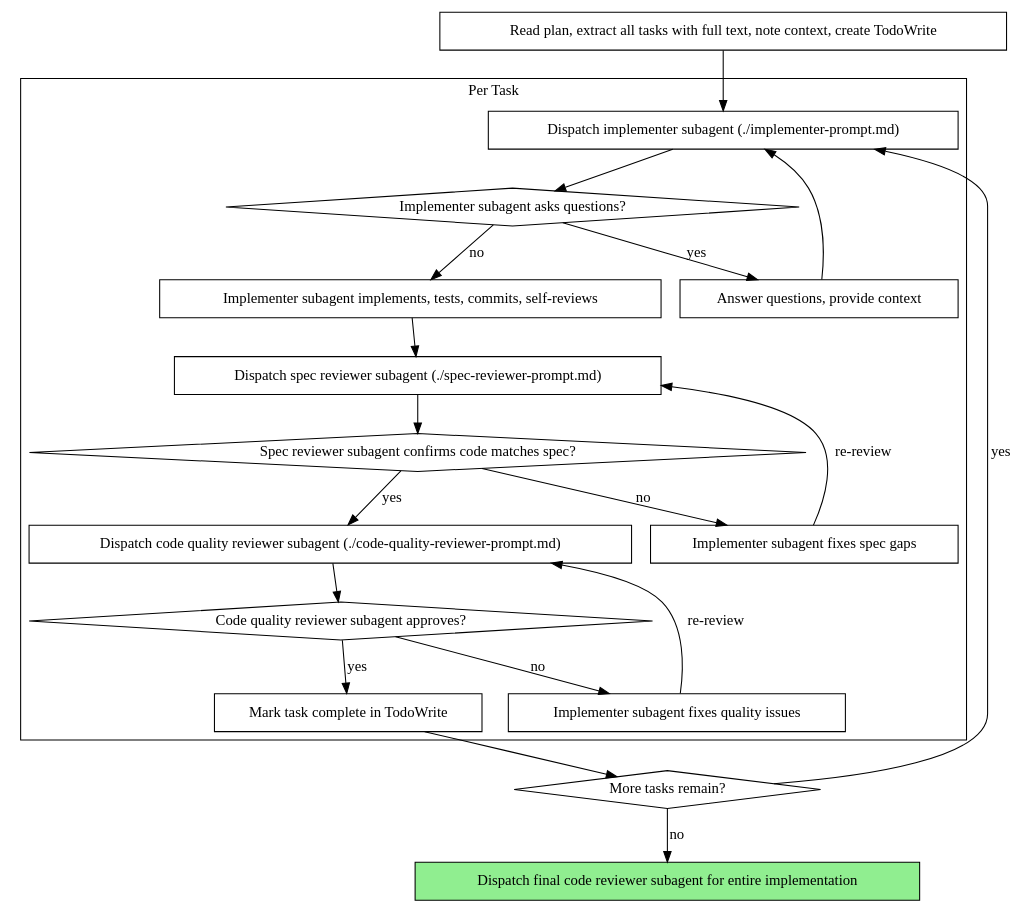
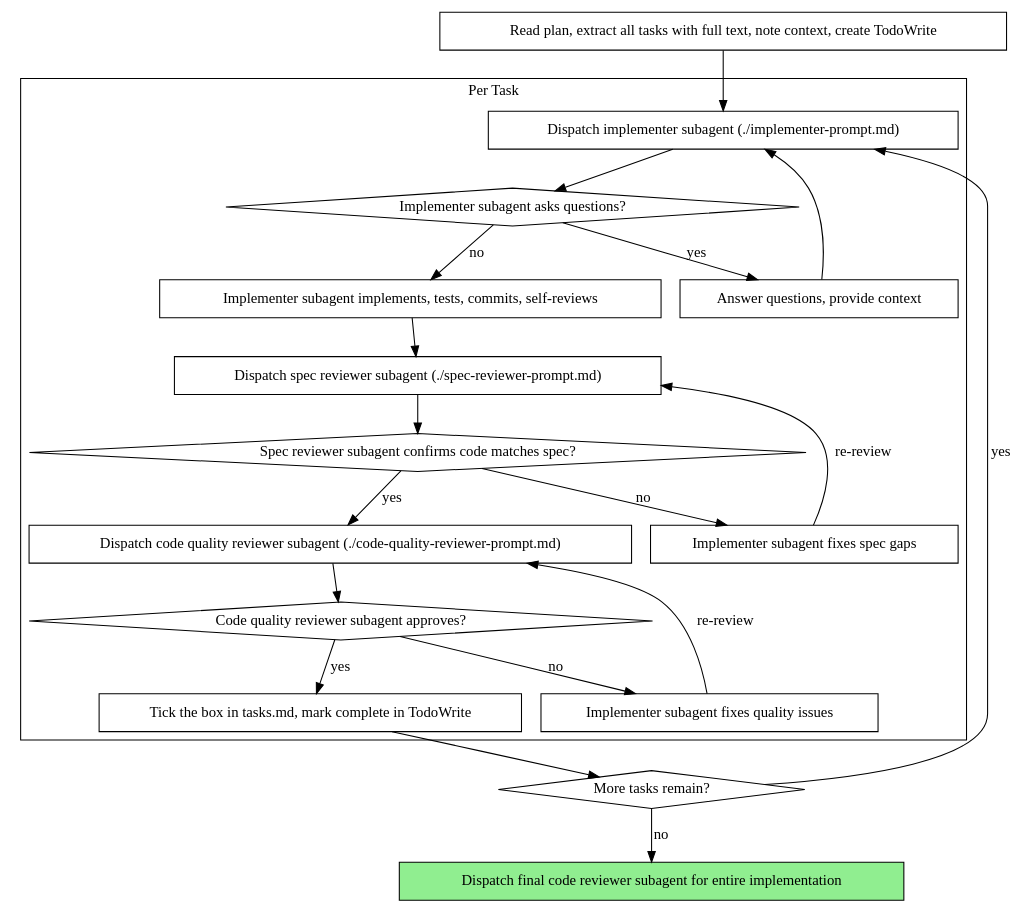
Before and after one commit to Nikitzu/mzyx-skills: the second of 2 diagrams in skills/subagent-driven-development/SKILL.md, drawn with Graphviz. The commit also changed other lines of this file and 2 other files, not shown here.

Commit message:
/build and the execution skills: resume at the first unticked task, tick on verified, reuse the chosen mode

````diff
--- a/skills/subagent-driven-development/SKILL.md
+++ b/skills/subagent-driven-development/SKILL.md
@@ -42,42 +42,42 @@
 ```dot
 digraph process {
     rankdir=TB;
 
     subgraph cluster_per_task {
         label="Per Task";
         "Dispatch implementer subagent (./implementer-prompt.md)" [shape=box];
         "Implementer subagent asks questions?" [shape=diamond];
         "Answer questions, provide context" [shape=box];
         "Implementer subagent implements, tests, commits, self-reviews" [shape=box];
         "Dispatch spec reviewer subagent (./spec-reviewer-prompt.md)" [shape=box];
         "Spec reviewer subagent confirms code matches spec?" [shape=diamond];
         "Implementer subagent fixes spec gaps" [shape=box];
         "Dispatch code quality reviewer subagent (./code-quality-reviewer-prompt.md)" [shape=box];
         "Code quality reviewer subagent approves?" [shape=diamond];
         "Implementer subagent fixes quality issues" [shape=box];
-        "Mark task complete in TodoWrite" [shape=box];
+        "Tick the box in tasks.md, mark complete in TodoWrite" [shape=box];
     }
 
     "Read plan, extract all tasks with full text, note context, create TodoWrite" [shape=box];
     "More tasks remain?" [shape=diamond];
     "Dispatch final code reviewer subagent for entire implementation" [shape=box style=filled fillcolor=lightgreen];
 
     "Read plan, extract all tasks with full text, note context, create TodoWrite" -> "Dispatch implementer subagent (./implementer-prompt.md)";
     "Dispatch implementer subagent (./implementer-prompt.md)" -> "Implementer subagent asks questions?";
     "Implementer subagent asks questions?" -> "Answer questions, provide context" [label="yes"];
     "Answer questions, provide context" -> "Dispatch implementer subagent (./implementer-prompt.md)";
     "Implementer subagent asks questions?" -> "Implementer subagent implements, tests, commits, self-reviews" [label="no"];
     "Implementer subagent implements, tests, commits, self-reviews" -> "Dispatch spec reviewer subagent (./spec-reviewer-prompt.md)";
     "Dispatch spec reviewer subagent (./spec-reviewer-prompt.md)" -> "Spec reviewer subagent confirms code matches spec?";
     "Spec reviewer subagent confirms code matches spec?" -> "Implementer subagent fixes spec gaps" [label="no"];
     "Implementer subagent fixes spec gaps" -> "Dispatch spec reviewer subagent (./spec-reviewer-prompt.md)" [label="re-review"];
     "Spec reviewer subagent confirms code matches spec?" -> "Dispatch code quality reviewer subagent (./code-quality-reviewer-prompt.md)" [label="yes"];
     "Dispatch code quality reviewer subagent (./code-quality-reviewer-prompt.md)" -> "Code quality reviewer subagent approves?";
     "Code quality reviewer subagent approves?" -> "Implementer subagent fixes quality issues" [label="no"];
     "Implementer subagent fixes quality issues" -> "Dispatch code quality reviewer subagent (./code-quality-reviewer-prompt.md)" [label="re-review"];
-    "Code quality reviewer subagent approves?" -> "Mark task complete in TodoWrite" [label="yes"];
-    "Mark task complete in TodoWrite" -> "More tasks remain?";
+    "Code quality reviewer subagent approves?" -> "Tick the box in tasks.md, mark complete in TodoWrite" [label="yes"];
+    "Tick the box in tasks.md, mark complete in TodoWrite" -> "More tasks remain?";
     "More tasks remain?" -> "Dispatch implementer subagent (./implementer-prompt.md)" [label="yes"];
     "More tasks remain?" -> "Dispatch final code reviewer subagent for entire implementation" [label="no"];
 }
 ```
````
